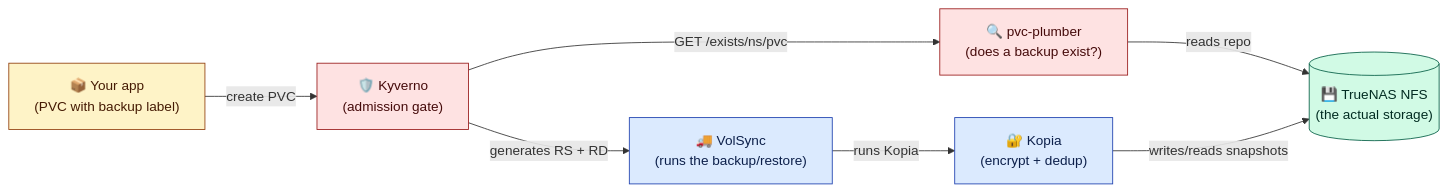
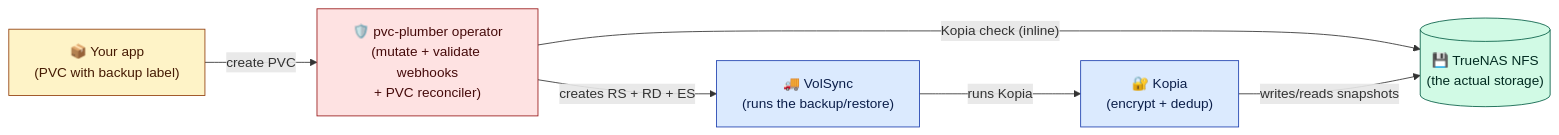
One commit to mitchross/talos-argocd-proxmox changed the second of 6 diagrams in docs/volsync-storage-recovery.md. Above: the diagram before and after it, drawn with Mermaid. The commit also changed other lines of this file and 3 other files, not shown here.

````diff
--- a/docs/volsync-storage-recovery.md
+++ b/docs/volsync-storage-recovery.md
@@ -166,25 +166,23 @@
 ```mermaid
 flowchart LR
     APP["📦 Your app<br/>(PVC with backup label)"]
-    KY["🛡️ Kyverno<br/>(admission gate)"]
-    PL["🔍 pvc-plumber<br/>(does a backup exist?)"]
+    OP["🛡️ pvc-plumber operator<br/>(mutate + validate webhooks<br/>+ PVC reconciler)"]
     VS["🚚 VolSync<br/>(runs the backup/restore)"]
     KO["🔐 Kopia<br/>(encrypt + dedup)"]
     NFS[("💾 TrueNAS NFS<br/>(the actual storage)")]
 
-    APP -->|"create PVC"| KY
-    KY -->|"GET /exists/ns/pvc"| PL
-    PL -->|"reads repo"| NFS
-    KY -->|"generates RS + RD"| VS
+    APP -->|"create PVC"| OP
+    OP -->|"Kopia check (inline)"| NFS
+    OP -->|"creates RS + RD + ES"| VS
     VS -->|"runs Kopia"| KO
     KO -->|"writes/reads snapshots"| NFS
 
     classDef app fill:#fef3c7,stroke:#92400e,color:#451a03;
     classDef gate fill:#fee2e2,stroke:#991b1b,color:#450a0a;
     classDef worker fill:#dbeafe,stroke:#1e40af,color:#0c1f4a;
     classDef store fill:#d1fae5,stroke:#065f46,color:#022c22;
     class APP app;
-    class KY,PL gate;
+    class OP gate;
     class VS,KO worker;
     class NFS store;
 ```
````
